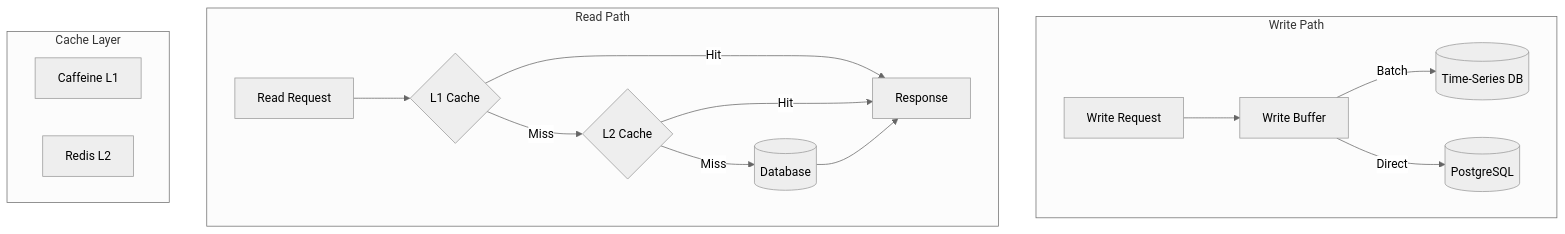
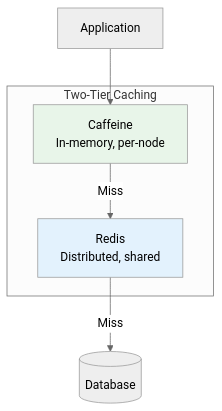
One commit to vx-daniel/tb-docs-project changed the fifth of 6 diagrams in docs/07-data-persistence/README.md. Above: the diagram before and after it, drawn with Mermaid (neutral theme). The commit also changed other lines of this file and 37 other files, not shown here.

````diff
--- a/docs/07-data-persistence/README.md
+++ b/docs/07-data-persistence/README.md
@@ -27,20 +151,14 @@
 ```mermaid
 graph TB
-    subgraph "Write Path"
-        W[Write Request] --> WB[Write Buffer]
-        WB --> |Batch| TS[(Time-Series DB)]
-        WB --> |Direct| PG[(PostgreSQL)]
+    subgraph "Two-Tier Caching"
+        L1[Caffeine<br/>In-memory, per-node]
+        L2[Redis<br/>Distributed, shared]
     end
-    subgraph "Read Path"
-        R[Read Request] --> C1{L1 Cache}
-        C1 --> |Miss| C2{L2 Cache}
-        C2 --> |Miss| DB[(Database)]
-        C1 --> |Hit| RES[Response]
-        C2 --> |Hit| RES
-        DB --> RES
-    end
-    subgraph "Cache Layer"
-        CAF[Caffeine L1]
-        RED[Redis L2]
-    end
+
+    APP[Application] --> L1
+    L1 -->|Miss| L2
+    L2 -->|Miss| DB[(Database)]
+
+    style L1 fill:#e8f5e9
+    style L2 fill:#e3f2fd
 ```
````
